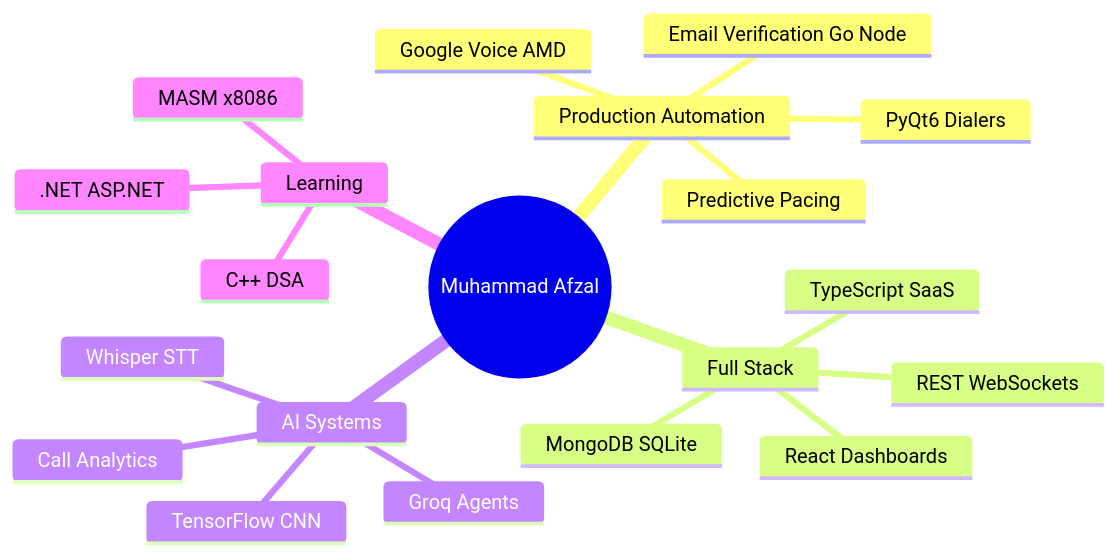
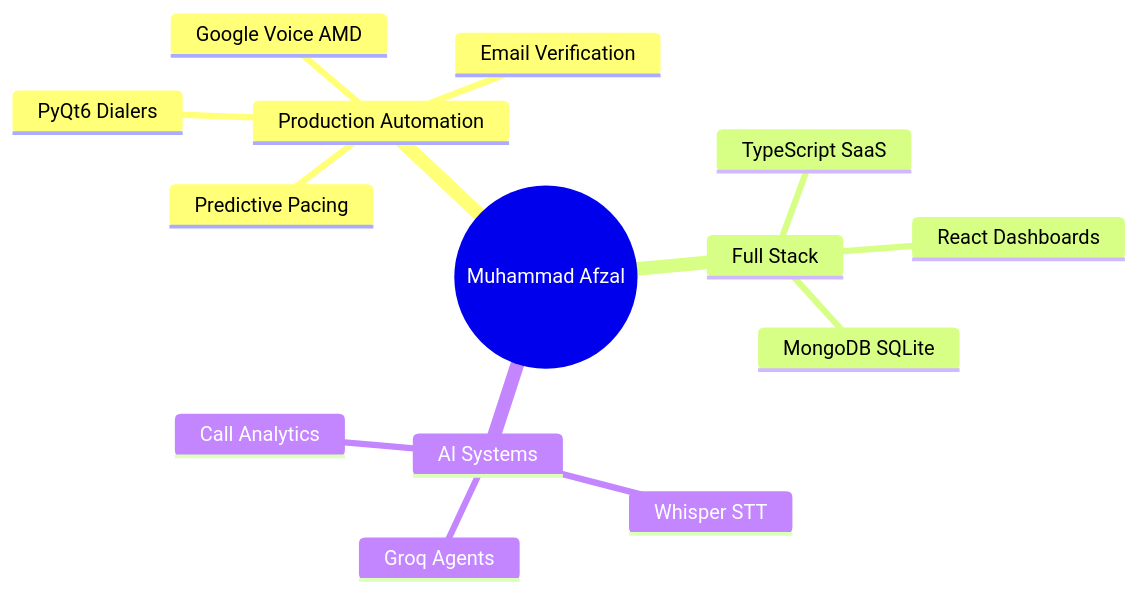
Before and after one commit to mafzalkalwardev/mafzalkalwardev: the diagram in README.md, drawn with Mermaid. The commit also changed other lines of this file, not shown here.

````diff
--- a/README.md
+++ b/README.md
@@ -288,23 +236,17 @@
 ```mermaid
 mindmap
   root((Muhammad Afzal))
     Production Automation
       PyQt6 Dialers
       Google Voice AMD
       Predictive Pacing
-      Email Verification Go Node
+      Email Verification
     Full Stack
       TypeScript SaaS
       React Dashboards
       MongoDB SQLite
-      REST WebSockets
     AI Systems
       Whisper STT
       Groq Agents
       Call Analytics
-      TensorFlow CNN
-    Learning
-      C++ DSA
-      .NET ASP.NET
-      MASM x8086
 ```
````
